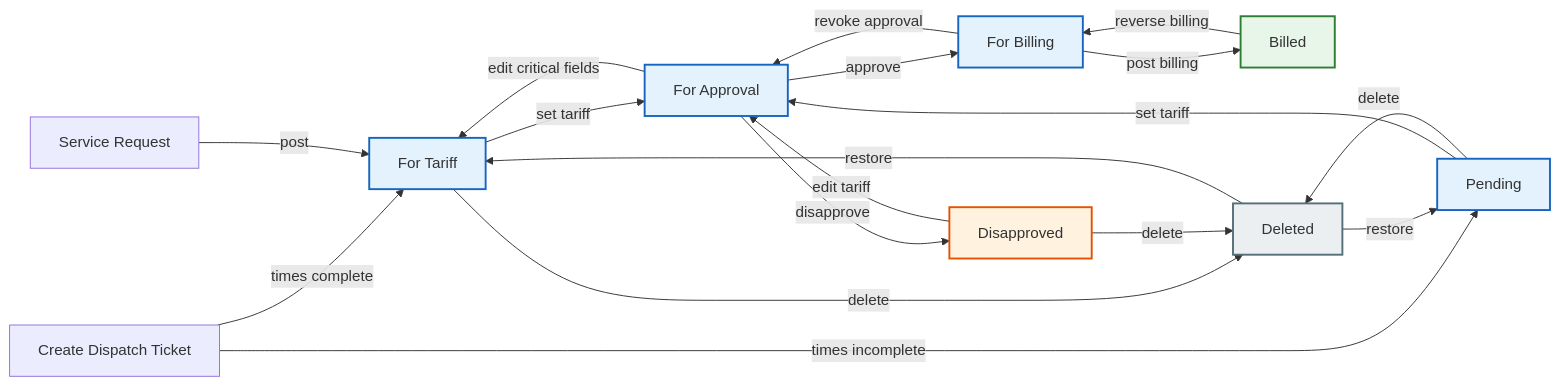
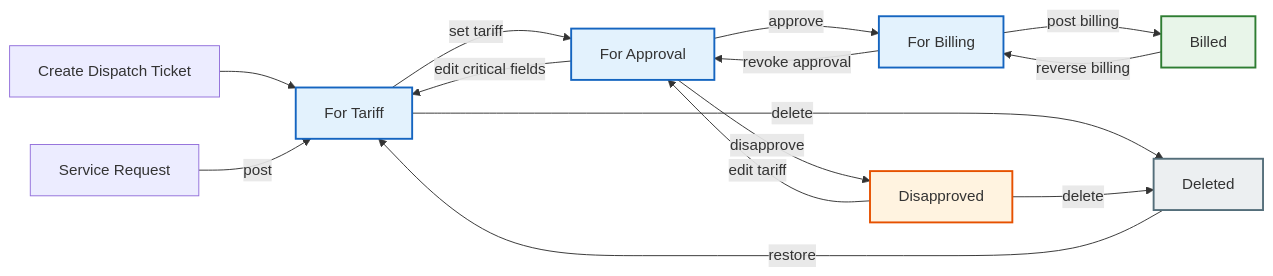
The diagram in Docs/manual/02-dispatch-ticket.md (fri-mis-enterprise/MMSI.IBS), drawn with Mermaid before and after one commit. The commit also changed other lines of this file and 19 other files, not shown here.

Commit message:
refactor: simplify dispatch ticket workflow - split SR status enum, merge Pending into ForTariff, drop Cancelled

````diff
--- a/Docs/manual/02-dispatch-ticket.md
+++ b/Docs/manual/02-dispatch-ticket.md
@@ -9,36 +9,32 @@
 ```mermaid
 graph LR
     %% Entry points
-    Create[Create Dispatch Ticket] -->|times complete| ForTariff[For Tariff]
-    Create -->|times incomplete| Pending
+    Create[Create Dispatch Ticket] --> ForTariff[For Tariff]
     SR[Service Request] -->|post| ForTariff
 
     %% Main flow
-    Pending -->|set tariff| ForApproval[For Approval]
-    ForTariff -->|set tariff| ForApproval
+    ForTariff -->|set tariff| ForApproval[For Approval]
     ForApproval -->|approve| ForBilling[For Billing]
     ForApproval -->|disapprove| Disapproved
     Disapproved -->|edit tariff| ForApproval
     ForBilling -->|post billing| Billed
     ForBilling -->|revoke approval| ForApproval
     Billed -->|reverse billing| ForBilling
 
     %% Edit resets tariff on critical change
     ForApproval -->|edit critical fields| ForTariff
 
     %% Soft delete / restore
-    Pending -->|delete| Deleted
     ForTariff -->|delete| Deleted
     Disapproved -->|delete| Deleted
     Deleted -->|restore| ForTariff
-    Deleted -->|restore| Pending
 
     classDef main fill:#e3f2fd,stroke:#1565c0,stroke-width:2px;
     classDef billed fill:#e8f5e9,stroke:#2e7d32,stroke-width:2px;
     classDef disapproved fill:#fff3e0,stroke:#e65100,stroke-width:2px;
     classDef deleted fill:#eceff1,stroke:#546e7a,stroke-width:2px;
-    class Pending,ForTariff,ForApproval,ForBilling main;
+    class ForTariff,ForApproval,ForBilling main;
     class Disapproved disapproved;
     class Billed billed;
     class Deleted deleted;
 ```
````
